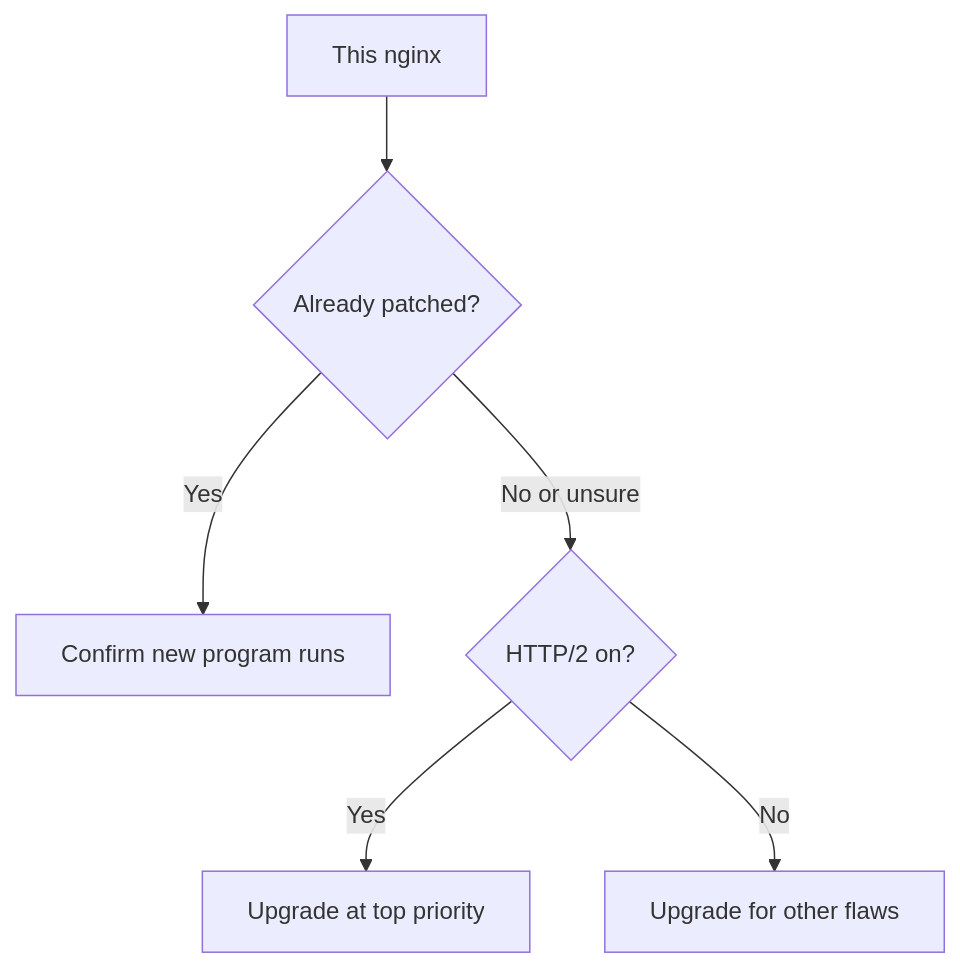
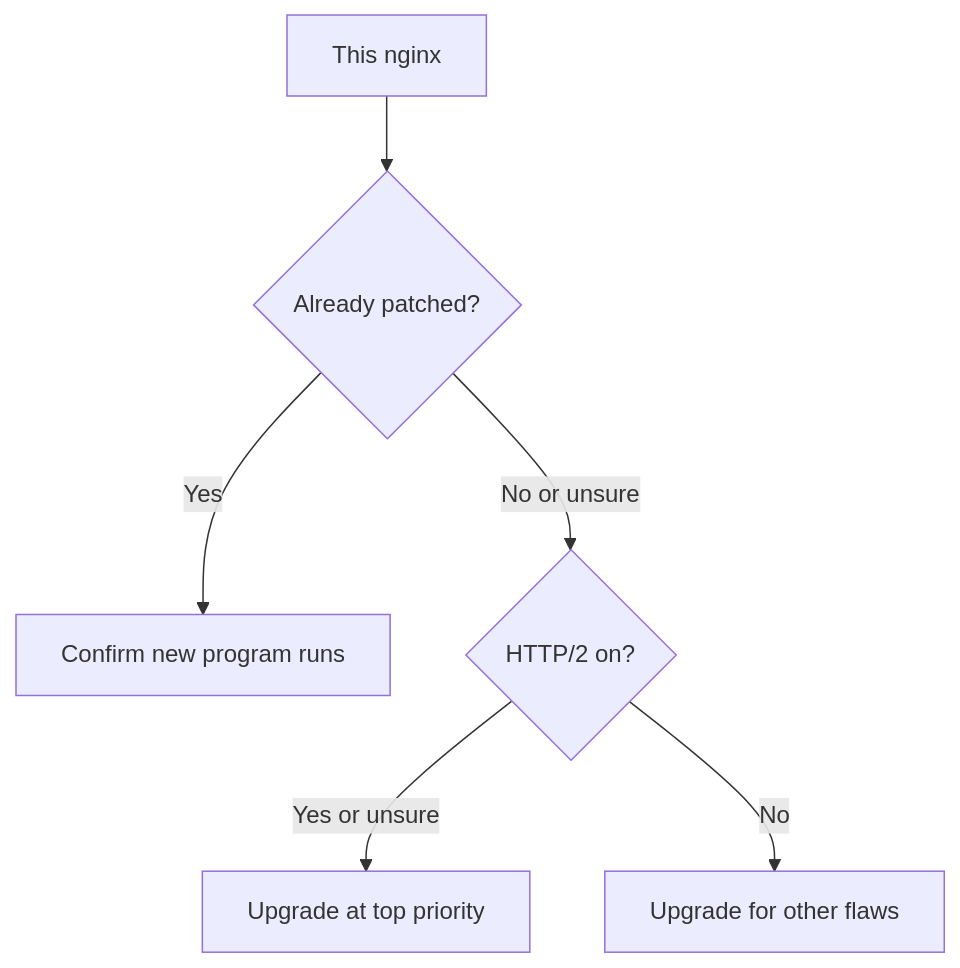
Before and after one commit to justmaocom/justmaocom.github.io: the first of 2 diagrams in _posts/en/2026-11-23-nginx-http2-cve-2026-123007.md, drawn with Mermaid. The commit also changed other lines of this file and 2 other files, not shown here.

````diff
--- a/_posts/en/2026-11-23-nginx-http2-cve-2026-123007.md
+++ b/_posts/en/2026-11-23-nginx-http2-cve-2026-123007.md
@@ -23,8 +23,8 @@
 ```mermaid
 flowchart TD
   A[This nginx] --> B{"Already patched?"}
   B -->|Yes| C[Confirm new program runs]
   B -->|"No or unsure"| D{"HTTP/2 on?"}
-  D -->|Yes| E[Upgrade at top priority]
+  D -->|"Yes or unsure"| E[Upgrade at top priority]
   D -->|No| F[Upgrade for other flaws]
 ```
````
